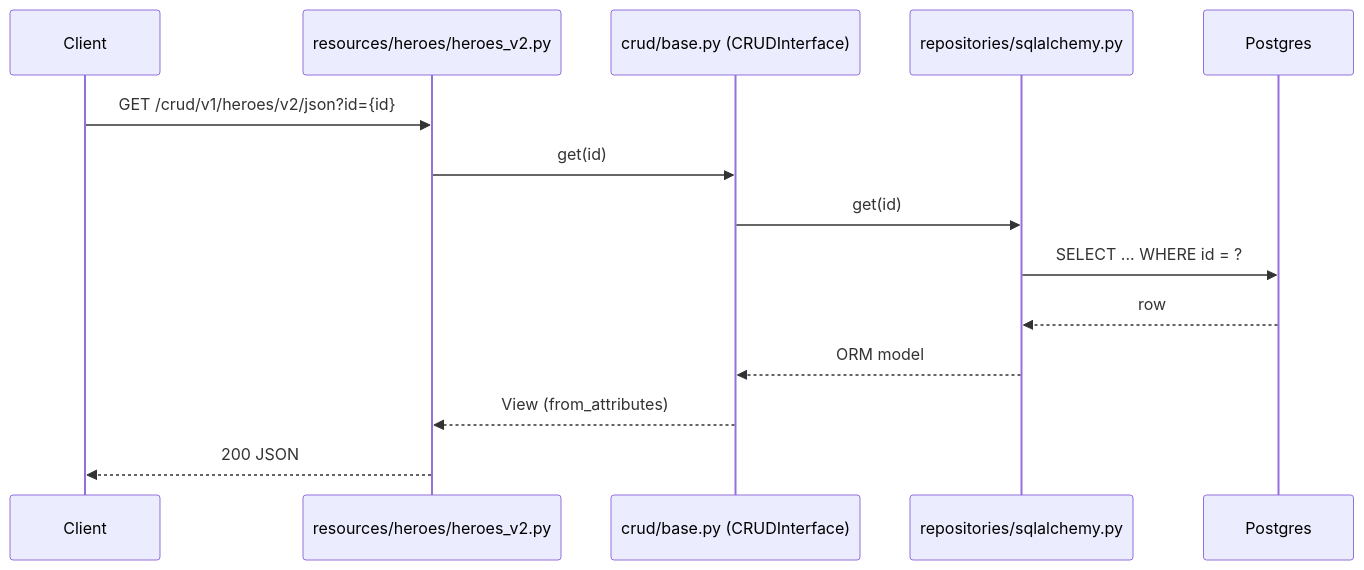
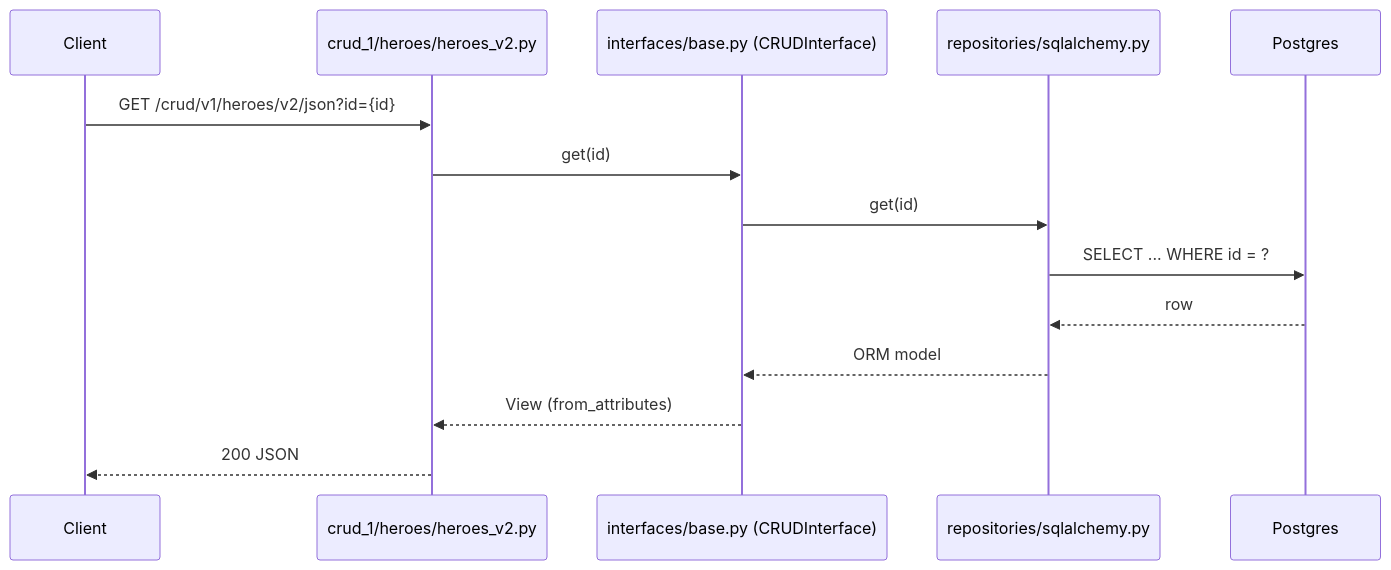
The second of 2 diagrams in src/app/README.md (crazyracer98/template-python), drawn with Mermaid before and after one commit. The commit also changed other lines of this file and 55 other files, not shown here.

First line of the commit message:
refactor: rename app.crud/app.resources to app.interfaces/app.crud_1

````diff
--- a/src/app/README.md
+++ b/src/app/README.md
@@ -290,17 +291,17 @@
 ```mermaid
 sequenceDiagram
     participant Client
-    participant Controller as resources/heroes/heroes_v2.py
-    participant CRUD as crud/base.py (CRUDInterface)
+    participant Controller as crud_1/heroes/heroes_v2.py
+    participant CRUD as interfaces/base.py (CRUDInterface)
     participant Repo as repositories/sqlalchemy.py
     participant DB as Postgres
 
     Client->>Controller: GET /crud/v1/heroes/v2/json?id={id}
     Controller->>CRUD: get(id)
     CRUD->>Repo: get(id)
     Repo->>DB: SELECT ... WHERE id = ?
     DB-->>Repo: row
     Repo-->>CRUD: ORM model
     CRUD-->>Controller: View (from_attributes)
     Controller-->>Client: 200 JSON
 ```
````
